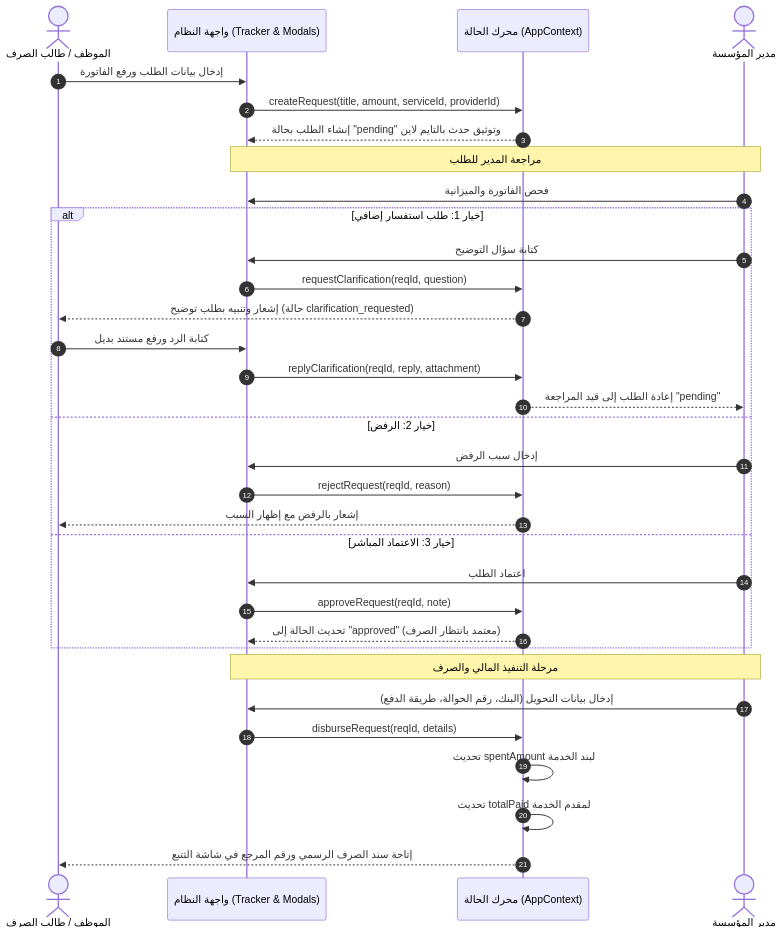
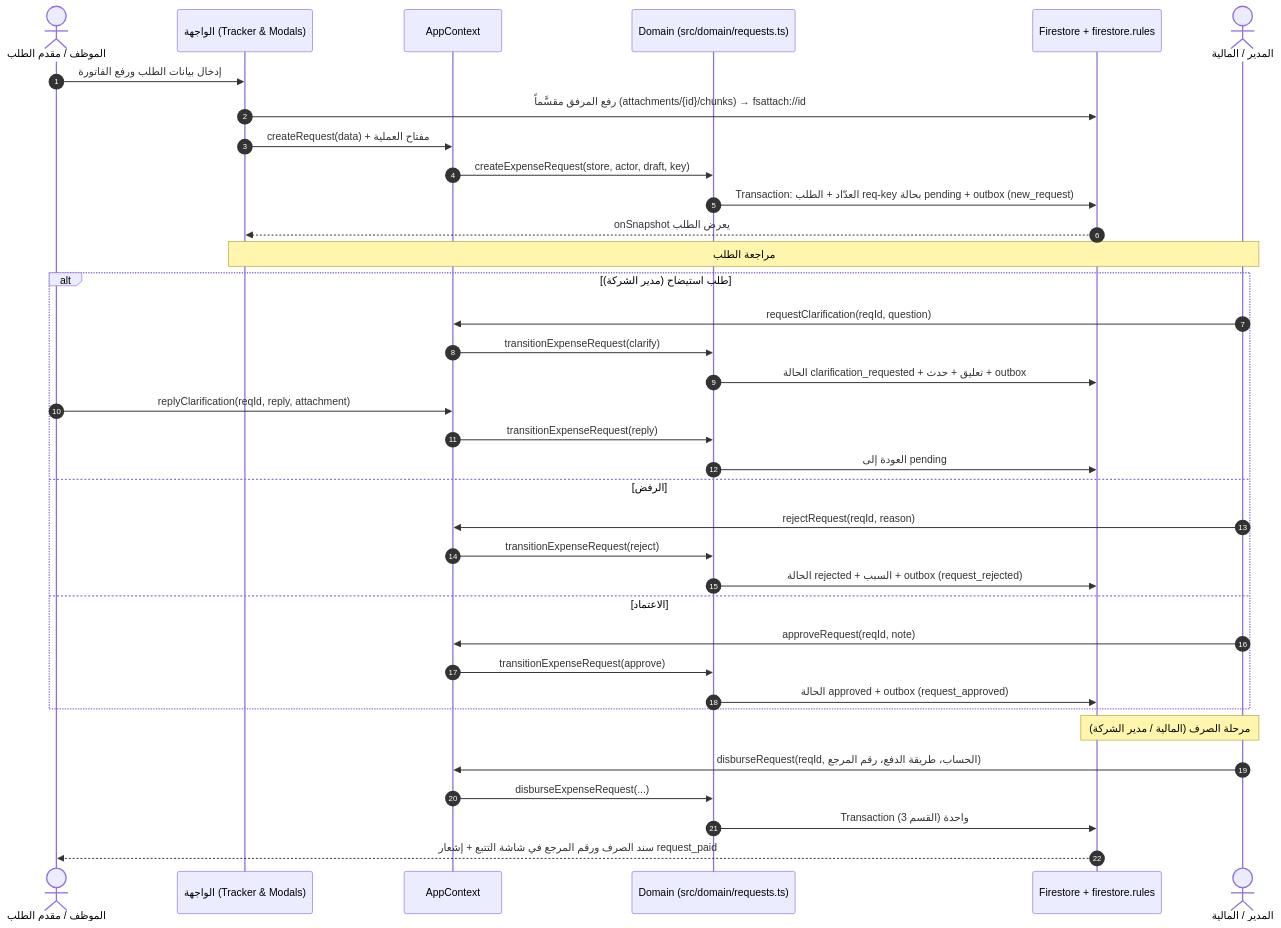
One commit to nagmdev/expenses-project changed the second of 2 diagrams in docs/03-workflows-and-lifecycle.md. Above: the diagram before and after it, drawn with Mermaid. The commit also changed other lines of this file and 7 other files, not shown here.

````diff
--- a/docs/03-workflows-and-lifecycle.md
+++ b/docs/03-workflows-and-lifecycle.md
@@ -29,39 +41,42 @@
 ```mermaid
 sequenceDiagram
     autonumber
-    actor Emp as الموظف / طالب الصرف
-    participant UI as واجهة النظام (Tracker & Modals)
-    participant State as محرك الحالة (AppContext)
-    actor Mgr as مدير المؤسسة
+    actor Emp as الموظف / مقدم الطلب
+    participant UI as الواجهة (Tracker & Modals)
+    participant Ctx as AppContext
+    participant Dom as Domain (src/domain/requests.ts)
+    participant FS as Firestore + firestore.rules
+    actor Mgr as المدير / المالية
 
     Emp->>UI: إدخال بيانات الطلب ورفع الفاتورة
-    UI->>State: createRequest(title, amount, serviceId, providerId)
-    State-->>UI: إنشاء الطلب بحالة "pending" وتوثيق حدث بالتايم لاين
+    UI->>FS: رفع المرفق مقسَّماً (attachments/{id}/chunks) → fsattach://id
+    UI->>Ctx: createRequest(data) + مفتاح العملية
+    Ctx->>Dom: createExpenseRequest(store, actor, draft, key)
+    Dom->>FS: Transaction: العدّاد + الطلب req-key بحالة pending + outbox (new_request)
+    FS-->>UI: onSnapshot يعرض الطلب
 
-    Note over Mgr,UI: مراجعة المدير للطلب
-    Mgr->>UI: فحص الفاتورة والميزانية
+    Note over Mgr,UI: مراجعة الطلب
 
-    alt خيار 1: طلب استفسار إضافي
-        Mgr->>UI: كتابة سؤال التوضيح
-        UI->>State: requestClarification(reqId, question)
-        State-->>Emp: إشعار وتنبيه بطلب توضيح (حالة clarification_requested)
-        Emp->>UI: كتابة الرد ورفع مستند بديل
-        UI->>State: replyClarification(reqId, reply, attachment)
-        State-->>Mgr: إعادة الطلب إلى قيد المراجعة "pending"
-    else خيار 2: الرفض
-        Mgr->>UI: إدخال سبب الرفض
-        UI->>State: rejectRequest(reqId, reason)
-        State-->>Emp: إشعار بالرفض مع إظهار السبب
-    else خيار 3: الاعتماد المباشر
-        Mgr->>UI: اعتماد الطلب
-        UI->>State: approveRequest(reqId, note)
-        State-->>UI: تحديث الحالة إلى "approved" (معتمد بانتظار الصرف)
+    alt طلب استيضاح (مدير الشركة)
+        Mgr->>Ctx: requestClarification(reqId, question)
+        Ctx->>Dom: transitionExpenseRequest(clarify)
+        Dom->>FS: الحالة clarification_requested + تعليق + حدث + outbox
+        Emp->>Ctx: replyClarification(reqId, reply, attachment)
+        Ctx->>Dom: transitionExpenseRequest(reply)
+        Dom->>FS: العودة إلى pending
+    else الرفض
+        Mgr->>Ctx: rejectRequest(reqId, reason)
+        Ctx->>Dom: transitionExpenseRequest(reject)
+        Dom->>FS: الحالة rejected + السبب + outbox (request_rejected)
+    else الاعتماد
+        Mgr->>Ctx: approveRequest(reqId, note)
+        Ctx->>Dom: transitionExpenseRequest(approve)
+        Dom->>FS: الحالة approved + outbox (request_approved)
     end
 
-    Note over Mgr,UI: مرحلة التنفيذ المالي والصرف
-    Mgr->>UI: إدخال بيانات التحويل (البنك، رقم الحوالة، طريقة الدفع)
-    UI->>State: disburseRequest(reqId, details)
-    State->>State: تحديث spentAmount لبند الخدمة
-    State->>State: تحديث totalPaid لمقدم الخدمة
-    State-->>Emp: إتاحة سند الصرف الرسمي ورقم المرجع في شاشة التتبع
+    Note over Mgr,FS: مرحلة الصرف (المالية / مدير الشركة)
+    Mgr->>Ctx: disburseRequest(reqId, الحساب، طريقة الدفع، رقم المرجع)
+    Ctx->>Dom: disburseExpenseRequest(...)
+    Dom->>FS: Transaction واحدة (القسم 3)
+    FS-->>Emp: سند الصرف ورقم المرجع في شاشة التتبع + إشعار request_paid
 ```
````
